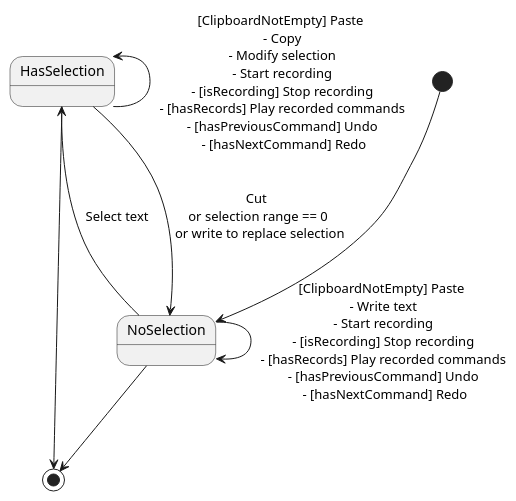
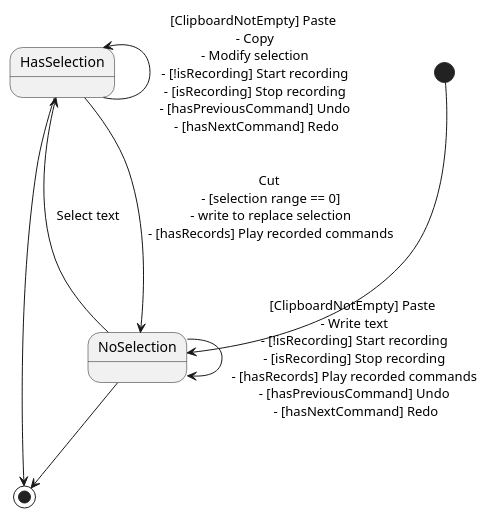
Before and after one commit to pixselve-school/OMD-TP2: the diagram in conception/Statev2.puml, drawn with PlantUML. The commit also changed 6 other files, not shown here.

Commit message:
readme diagramme d'états v1 et v2. ajouts des images.

```diff
--- a/conception/Statev2.puml
+++ b/conception/Statev2.puml
@@ -1,15 +1,15 @@
 @startuml
 'https://plantuml.com/state-diagram
 
     [*] --> S1
     state "NoSelection" as S1
     state "HasSelection" as S2
 
-    S1 --> S1 :  [ClipboardNotEmpty] Paste \n - Write text \n - Start recording \n - [isRecording] Stop recording \n - [hasRecords] Play recorded commands \n - [hasPreviousCommand] Undo \n - [hasNextCommand] Redo
-    S2 -left-> S2 : [ClipboardNotEmpty] Paste \n - Copy \n - Modify selection \n - Start recording \n - [isRecording] Stop recording \n - [hasRecords] Play recorded commands \n - [hasPreviousCommand] Undo \n - [hasNextCommand] Redo
-    S2 --> S1 : Cut \n or selection range == 0 \n or write to replace selection
+    S1 --> S1 :  [ClipboardNotEmpty] Paste \n - Write text \n - [!isRecording] Start recording \n - [isRecording] Stop recording \n - [hasRecords] Play recorded commands \n - [hasPreviousCommand] Undo \n - [hasNextCommand] Redo
+    S2 -left-> S2 : [ClipboardNotEmpty] Paste \n - Copy \n - Modify selection \n - [!isRecording] Start recording \n - [isRecording] Stop recording \n - [hasPreviousCommand] Undo \n - [hasNextCommand] Redo
+    S2 --> S1 : Cut \n - [selection range == 0] \n - write to replace selection \n - [hasRecords] Play recorded commands \n
     S1 --> S2 : Select text
     S2 --> [*]
     S1 --> [*]
 
 @enduml
```
